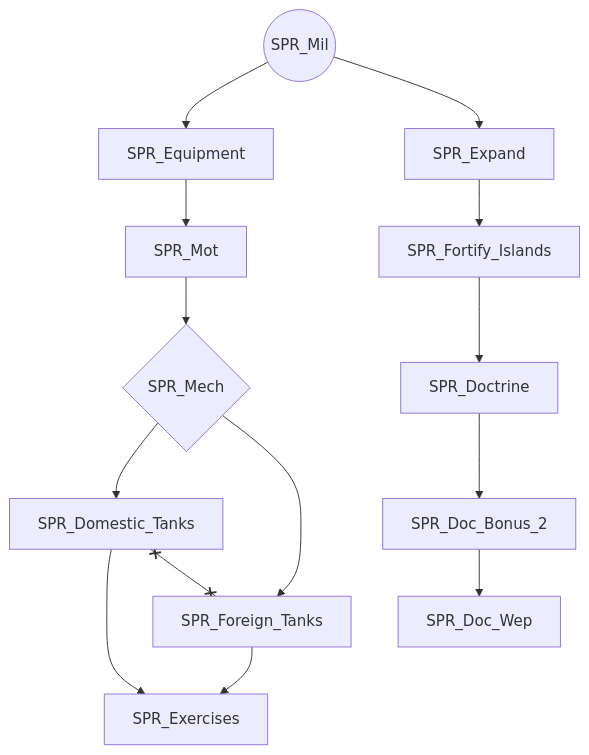
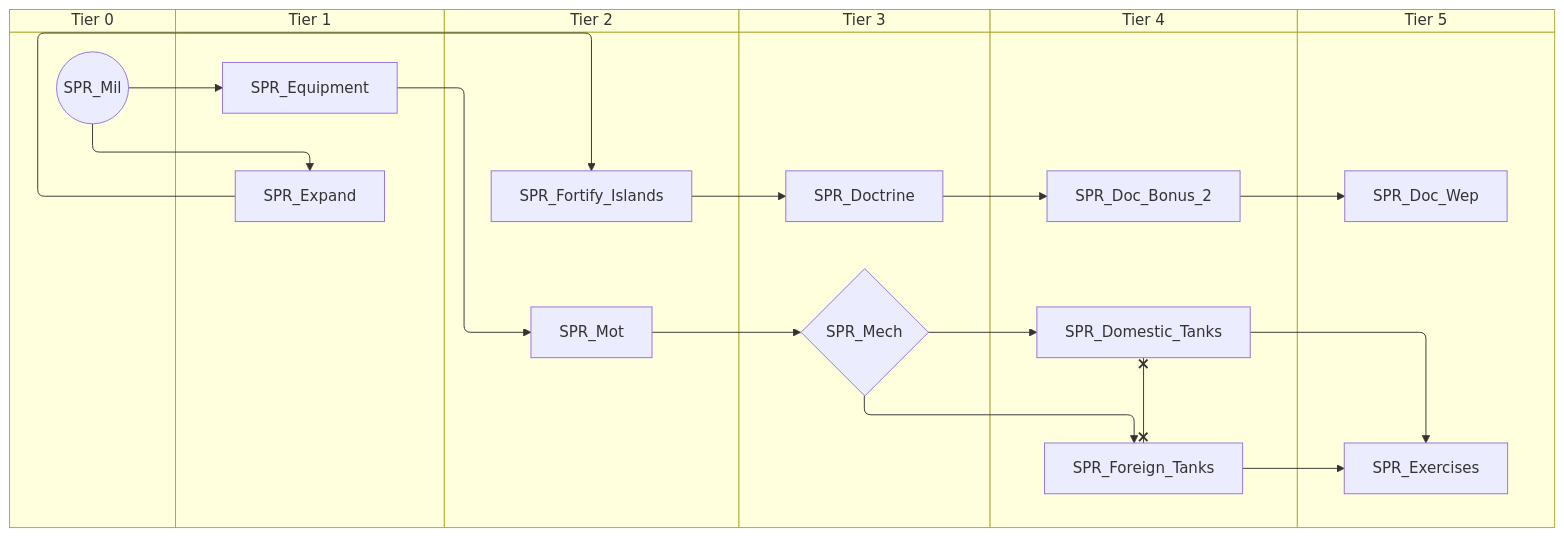
The second of 6 diagrams in docs/gdd/National Focuses/r56_spain.md (evgeny-sobol/hoi4-sandbox-mode-r56), drawn with Mermaid before and after one commit. The commit also changed other lines of this file and 423 other files, not shown here.

First line of the commit message:
Re-export Rt56 focus trees as swimlane diagrams

````diff
--- a/docs/gdd/National Focuses/r56_spain.md
+++ b/docs/gdd/National Focuses/r56_spain.md
@@ -29,28 +39,40 @@
 ```mermaid
-flowchart TD
-    n10["SPR_Doc_Bonus_2"]
-    n11["SPR_Doc_Wep"]
-    n12["SPR_Doctrine"]
-    n13["SPR_Domestic_Tanks"]
-    n14["SPR_Equipment"]
-    n15["SPR_Exercises"]
-    n16["SPR_Expand"]
-    n17["SPR_Foreign_Tanks"]
-    n18["SPR_Fortify_Islands"]
-    n19{"SPR_Mech"}
-    n20(("SPR_Mil"))
-    n21["SPR_Mot"]
-    n12 --> n10
+swimlane-beta TD
+    subgraph tier_0["Tier 0"]
+        n10(("SPR_Mil"))
+    end
+    subgraph tier_1["Tier 1"]
+        n11["SPR_Equipment"]
+        n12["SPR_Expand"]
+    end
+    subgraph tier_2["Tier 2"]
+        n13["SPR_Fortify_Islands"]
+        n14["SPR_Mot"]
+    end
+    subgraph tier_3["Tier 3"]
+        n15["SPR_Doctrine"]
+        n16{"SPR_Mech"}
+    end
+    subgraph tier_4["Tier 4"]
+        n17["SPR_Doc_Bonus_2"]
+        n18["SPR_Domestic_Tanks"]
+        n19["SPR_Foreign_Tanks"]
+    end
+    subgraph tier_5["Tier 5"]
+        n20["SPR_Doc_Wep"]
+        n21["SPR_Exercises"]
+    end
+    n15 --> n17
+    n17 --> n20
+    n13 --> n15
+    n16 --> n18
     n10 --> n11
-    n18 --> n12
-    n19 --> n13
-    n20 --> n14
-    n13 --> n15
-    n17 --> n15
-    n20 --> n16
-    n19 --> n17
-    n16 --> n18
-    n21 --> n19
-    n14 --> n21
-    n13 x--x n17
+    n18 --> n21
+    n19 --> n21
+    n10 --> n12
+    n16 --> n19
+    n12 --> n13
+    n14 --> n16
+    n11 --> n14
+    n18 x--x n19
 ```
````
